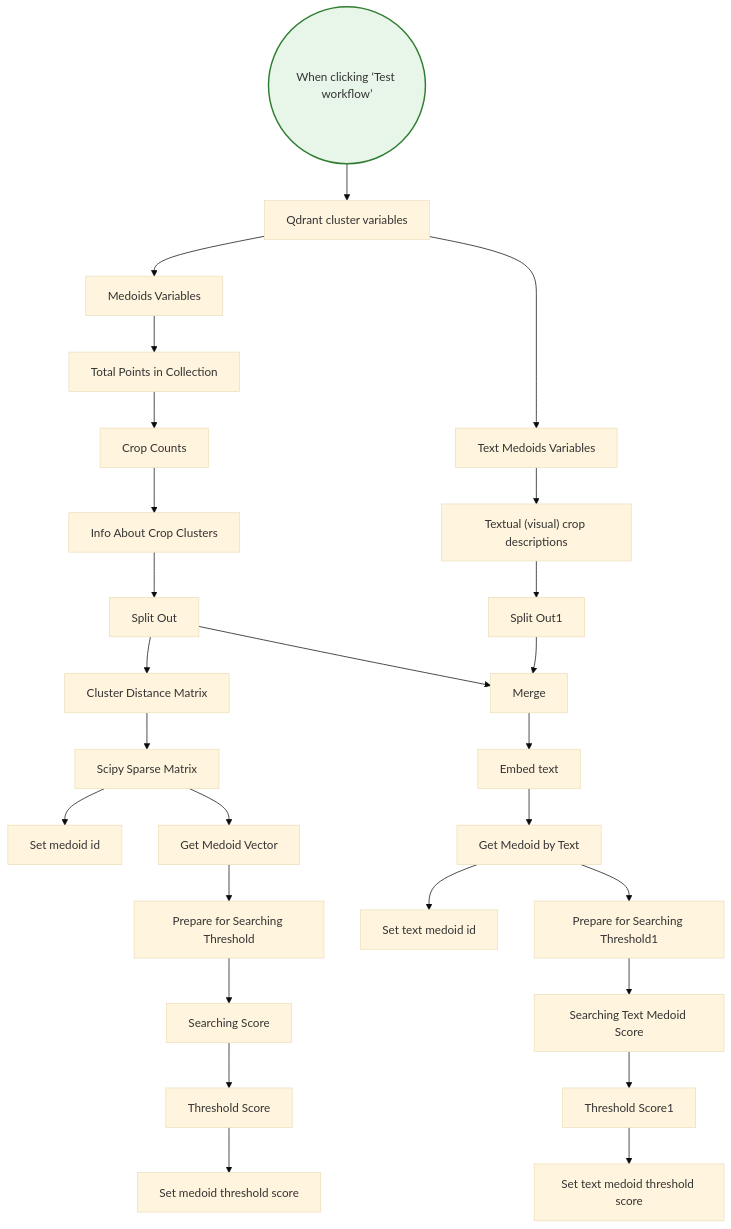
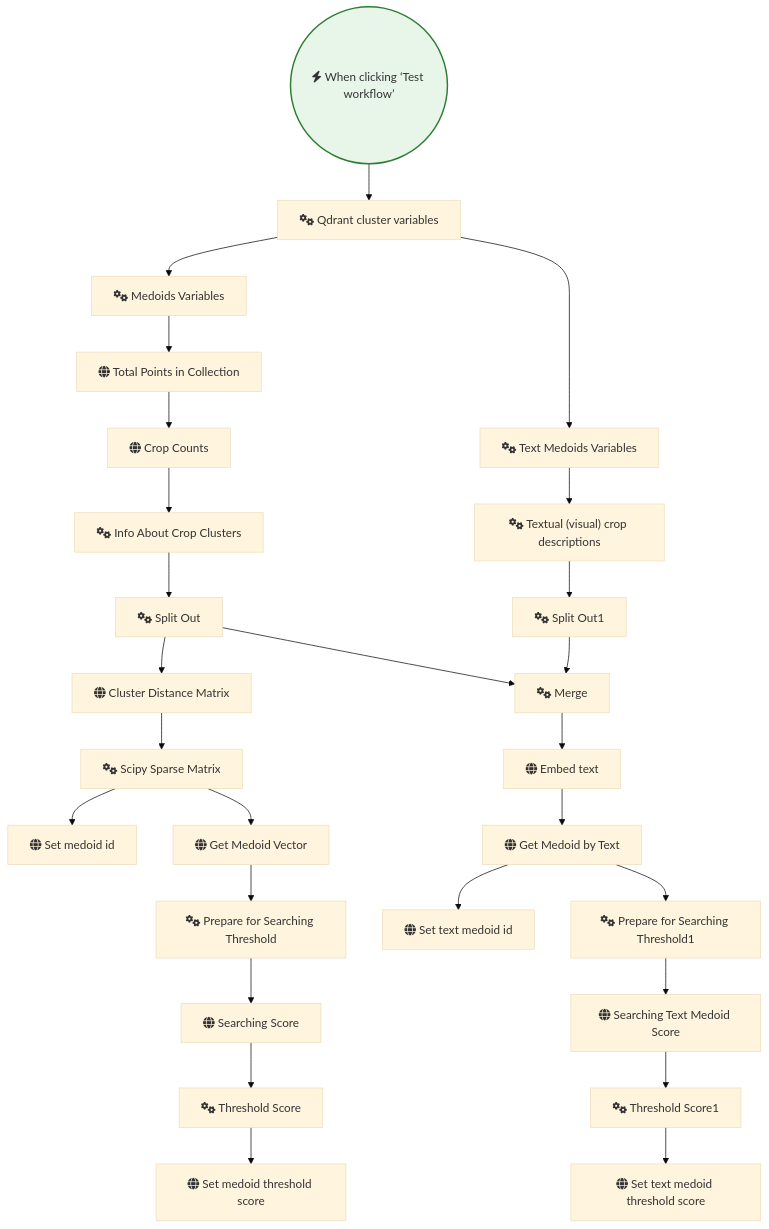
The diagram in AI_Research_RAG_and_Data_Analysis/2 3 Set Up Medoids 2 Types for Anomaly Detection Crops Dataset.md (sreyash3105/N8N-DEMO-AUTOMATIONS), drawn with Mermaid (base theme) before and after one commit. The commit also changed 291 other files, not shown here.

````diff
--- a/AI_Research_RAG_and_Data_Analysis/2 3 Set Up Medoids 2 Types for Anomaly Detection Crops Dataset.md
+++ b/AI_Research_RAG_and_Data_Analysis/2 3 Set Up Medoids 2 Types for Anomaly Detection Crops Dataset.md
@@ -1,60 +1,60 @@
 ```mermaid
 graph TD
     classDef trigger fill:#e8f5e9,stroke:#2e7d32,stroke-width:2px;
     classDef ai fill:#e3f2fd,stroke:#1565c0,stroke-width:2px;
     classDef logic fill:#fff3e0,stroke:#ef6c00,stroke-width:2px;
 
-    When_clicking__Test_workflow_(("When clicking ‘Test workflow’")):::trigger
-    Total_Points_in_Collection["Total Points in Collection"]
-    Cluster_Distance_Matrix["Cluster Distance Matrix"]
-    Scipy_Sparse_Matrix["Scipy Sparse Matrix"]
-    Set_medoid_id["Set medoid id"]
-    Get_Medoid_Vector["Get Medoid Vector"]
-    Prepare_for_Searching_Threshold["Prepare for Searching Threshold"]
-    Searching_Score["Searching Score"]
-    Threshold_Score["Threshold Score"]
-    Set_medoid_threshold_score["Set medoid threshold score"]
-    Split_Out1["Split Out1"]
-    Merge["Merge"]
-    Textual__visual__crop_descriptions["Textual (visual) crop descriptions"]
-    Embed_text["Embed text"]
-    Get_Medoid_by_Text["Get Medoid by Text"]
-    Set_text_medoid_id["Set text medoid id"]
-    Prepare_for_Searching_Threshold1["Prepare for Searching Threshold1"]
-    Threshold_Score1["Threshold Score1"]
-    Searching_Text_Medoid_Score["Searching Text Medoid Score"]
-    Medoids_Variables["Medoids Variables"]
-    Text_Medoids_Variables["Text Medoids Variables"]
-    Qdrant_cluster_variables["Qdrant cluster variables"]
-    Info_About_Crop_Clusters["Info About Crop Clusters"]
-    Crop_Counts["Crop Counts"]
-    Split_Out["Split Out"]
-    Set_text_medoid_threshold_score["Set text medoid threshold score"]
+    When_clicking__Test_workflow_(("fas:fa-bolt When clicking ‘Test workflow’")):::trigger
+    Total_Points_in_Collection["fas:fa-globe Total Points in Collection"]
+    Cluster_Distance_Matrix["fas:fa-globe Cluster Distance Matrix"]
+    Scipy_Sparse_Matrix["fas:fa-cogs Scipy Sparse Matrix"]
+    Set_medoid_id["fas:fa-globe Set medoid id"]
+    Get_Medoid_Vector["fas:fa-globe Get Medoid Vector"]
+    Prepare_for_Searching_Threshold["fas:fa-cogs Prepare for Searching Threshold"]
+    Searching_Score["fas:fa-globe Searching Score"]
+    Threshold_Score["fas:fa-cogs Threshold Score"]
+    Set_medoid_threshold_score["fas:fa-globe Set medoid threshold score"]
+    Split_Out1["fas:fa-cogs Split Out1"]
+    Merge["fas:fa-cogs Merge"]
+    Textual__visual__crop_descriptions["fas:fa-cogs Textual (visual) crop descriptions"]
+    Embed_text["fas:fa-globe Embed text"]
+    Get_Medoid_by_Text["fas:fa-globe Get Medoid by Text"]
+    Set_text_medoid_id["fas:fa-globe Set text medoid id"]
+    Prepare_for_Searching_Threshold1["fas:fa-cogs Prepare for Searching Threshold1"]
+    Threshold_Score1["fas:fa-cogs Threshold Score1"]
+    Searching_Text_Medoid_Score["fas:fa-globe Searching Text Medoid Score"]
+    Medoids_Variables["fas:fa-cogs Medoids Variables"]
+    Text_Medoids_Variables["fas:fa-cogs Text Medoids Variables"]
+    Qdrant_cluster_variables["fas:fa-cogs Qdrant cluster variables"]
+    Info_About_Crop_Clusters["fas:fa-cogs Info About Crop Clusters"]
+    Crop_Counts["fas:fa-globe Crop Counts"]
+    Split_Out["fas:fa-cogs Split Out"]
+    Set_text_medoid_threshold_score["fas:fa-globe Set text medoid threshold score"]
 
     Merge --> Embed_text
     Split_Out --> Cluster_Distance_Matrix
     Split_Out --> Merge
     Embed_text --> Get_Medoid_by_Text
     Split_Out1 --> Merge
     Crop_Counts --> Info_About_Crop_Clusters
     Searching_Score --> Threshold_Score
     Threshold_Score --> Set_medoid_threshold_score
     Threshold_Score1 --> Set_text_medoid_threshold_score
     Get_Medoid_Vector --> Prepare_for_Searching_Threshold
     Medoids_Variables --> Total_Points_in_Collection
     Get_Medoid_by_Text --> Set_text_medoid_id
     Get_Medoid_by_Text --> Prepare_for_Searching_Threshold1
     Scipy_Sparse_Matrix --> Set_medoid_id
     Scipy_Sparse_Matrix --> Get_Medoid_Vector
     Text_Medoids_Variables --> Textual__visual__crop_descriptions
     Cluster_Distance_Matrix --> Scipy_Sparse_Matrix
     Info_About_Crop_Clusters --> Split_Out
     Qdrant_cluster_variables --> Medoids_Variables
     Qdrant_cluster_variables --> Text_Medoids_Variables
     Total_Points_in_Collection --> Crop_Counts
     Searching_Text_Medoid_Score --> Threshold_Score1
     Prepare_for_Searching_Threshold --> Searching_Score
     Prepare_for_Searching_Threshold1 --> Searching_Text_Medoid_Score
     When_clicking__Test_workflow_ --> Qdrant_cluster_variables
     Textual__visual__crop_descriptions --> Split_Out1
 ```
````
